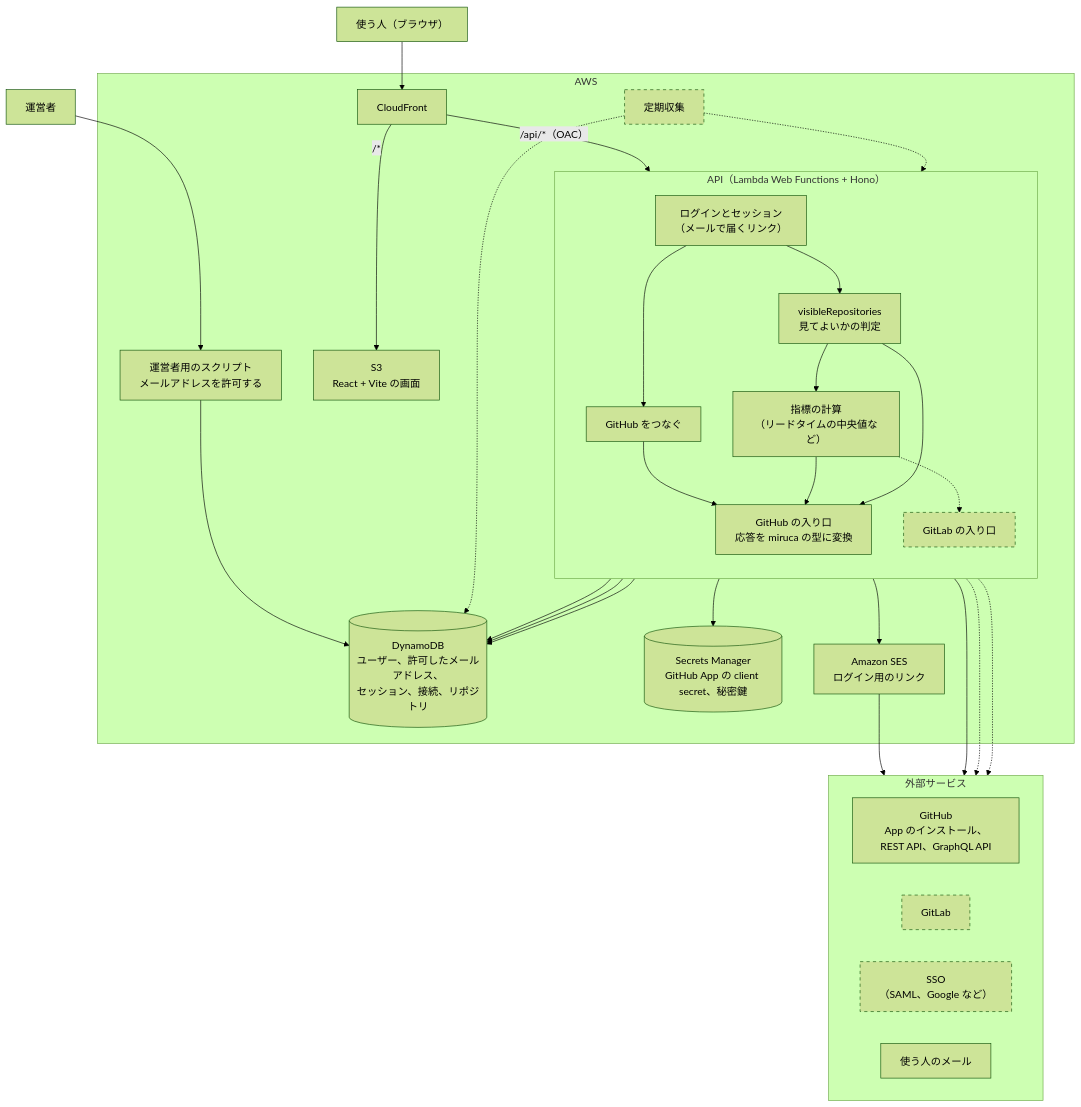
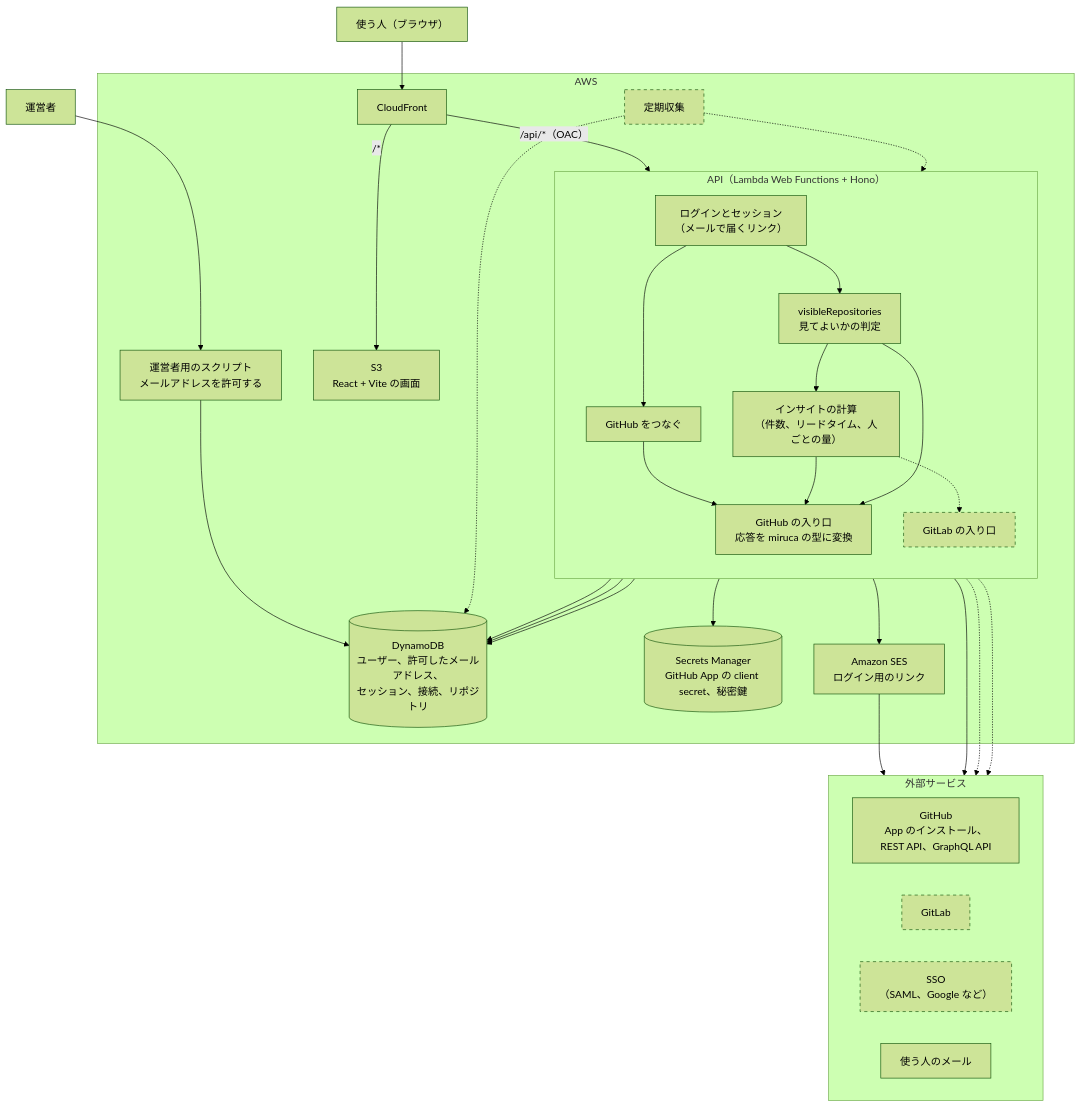
The first of 3 diagrams in docs/architecture.md (yamkazu/miruca), drawn with Mermaid (forest theme) before and after one commit. The commit also changed other lines of this file and 1 other file, not shown here.

````diff
--- a/docs/architecture.md
+++ b/docs/architecture.md
@@ -7,58 +7,58 @@
 ```mermaid
 flowchart TB
   user["使う人（ブラウザ）"]
   op["運営者"]
 
   subgraph aws["AWS"]
     cf["CloudFront"]
     s3["S3<br/>React + Vite の画面"]
     subgraph api["API（Lambda Web Functions + Hono）"]
       direction TB
       auth["ログインとセッション<br/>（メールで届くリンク）"]
       connect["GitHub をつなぐ"]
       visible["visibleRepositories<br/>見てよいかの判定"]
-      metrics["指標の計算<br/>（リードタイムの中央値など）"]
+      metrics["インサイトの計算<br/>（件数、リードタイム、人ごとの量）"]
       gh["GitHub の入り口<br/>応答を miruca の型に変換"]
       gl["GitLab の入り口"]
     end
     script["運営者用のスクリプト<br/>メールアドレスを許可する"]
     collector["定期収集"]
     ddb[("DynamoDB<br/>ユーザー、許可したメールアドレス、<br/>セッション、接続、リポジトリ")]
     sm[("Secrets Manager<br/>GitHub App の client secret、秘密鍵")]
     ses["Amazon SES<br/>ログイン用のリンク"]
   end
 
   subgraph ext["外部サービス"]
     direction LR
     ghapi["GitHub<br/>App のインストール、REST API、GraphQL API"]
     gitlab["GitLab"]
     sso["SSO<br/>（SAML、Google など）"]
     mail["使う人のメール"]
   end
 
   user --> cf
   cf -- "/*" --> s3
   cf -- "/api/*（OAC）" --> auth
   auth --> visible --> metrics
   auth --> connect
   op --> script
   script --> ddb
   auth --> ddb
   connect --> ddb
   visible --> ddb
   auth --> ses
   ses --> mail
   connect --> gh
   metrics --> gh
   visible --> gh
   gh --> sm
   gh --> ghapi
   metrics -.-> gl
   gl -.-> gitlab
   collector -.-> gh
   collector -.-> ddb
   auth -.-> sso
 
   classDef future stroke-dasharray: 5 5
   class gl,collector,sso,gitlab future
 ```
````
